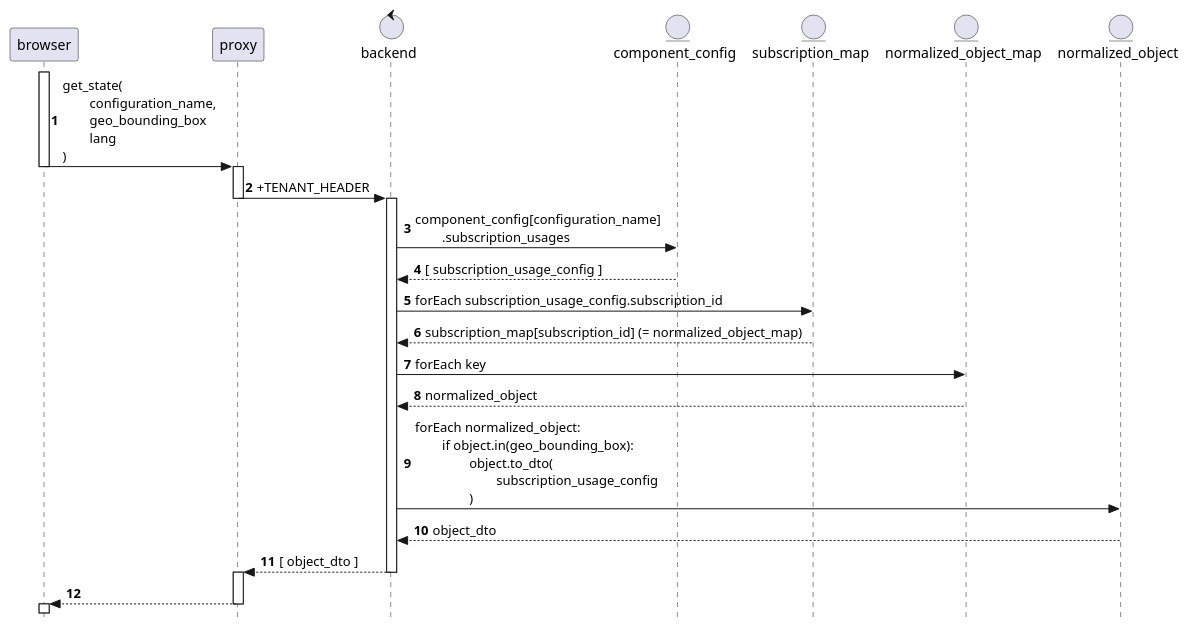
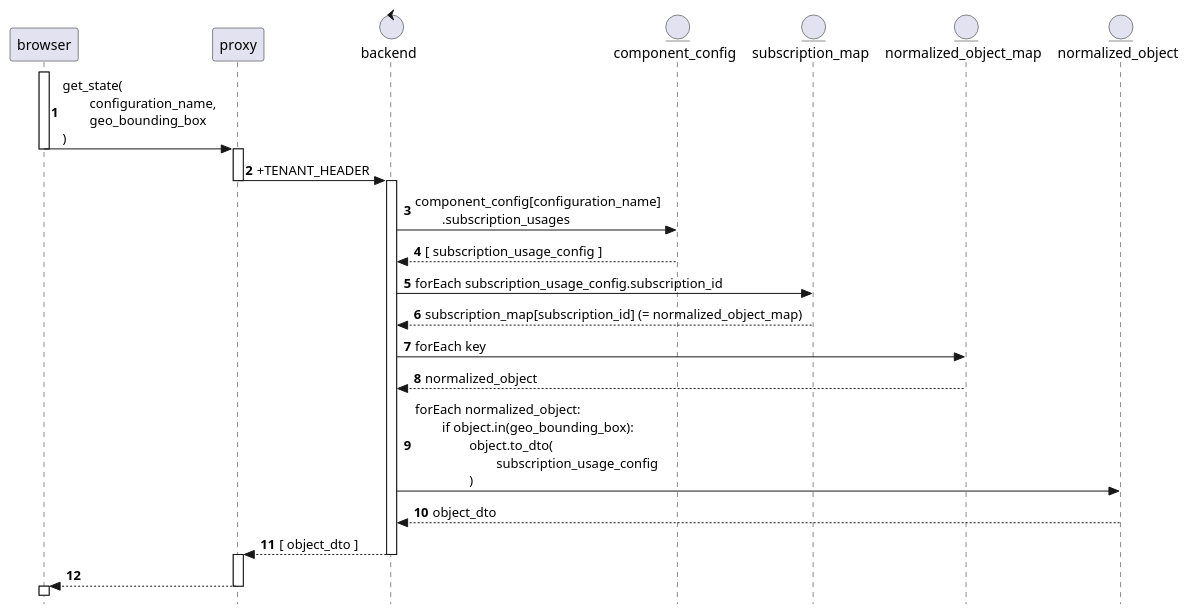
The diagram in docs/docs/uml/src/api_client_get_state.puml (oss-vienna-at/movin-things), drawn with PlantUML before and after one commit. The commit also changed 18 other files, not shown here.

```diff
--- a/docs/docs/uml/src/api_client_get_state.puml
+++ b/docs/docs/uml/src/api_client_get_state.puml
@@ -1,37 +1,37 @@
 @startuml
 'https://plantuml.com/sequence-diagram
 
 autonumber
 skinparam style strictuml
 
 participant browser as br
 participant proxy as pr
 control backend as b
 entity component_config as c
 entity subscription_map as s
 entity normalized_object_map as nom
 entity normalized_object as o
 
 activate br
-br -> pr: get_state(\n\tconfiguration_name,\n\tgeo_bounding_box\n\tlang\n)
+br -> pr: get_state(\n\tconfiguration_name,\n\tgeo_bounding_box\n)
 deactivate br
 activate pr
 pr -> b: +TENANT_HEADER
 deactivate pr
 activate b
 b -> c: component_config[configuration_name]\n\t.subscription_usages
 c --> b: [ subscription_usage_config ]
 b -> s: forEach subscription_usage_config.subscription_id
 s --> b: subscription_map[subscription_id] (= normalized_object_map)
 b -> nom: forEach key
 nom --> b: normalized_object
 b -> o: forEach normalized_object:\n\tif object.in(geo_bounding_box):\n\t\tobject.to_dto(\n\t\t\tsubscription_usage_config\n\t\t)
 o --> b: object_dto
 b --> pr: [ object_dto ]
 deactivate b
 activate pr
 pr --> br:
 deactivate pr
 activate br
 
 @enduml
```
